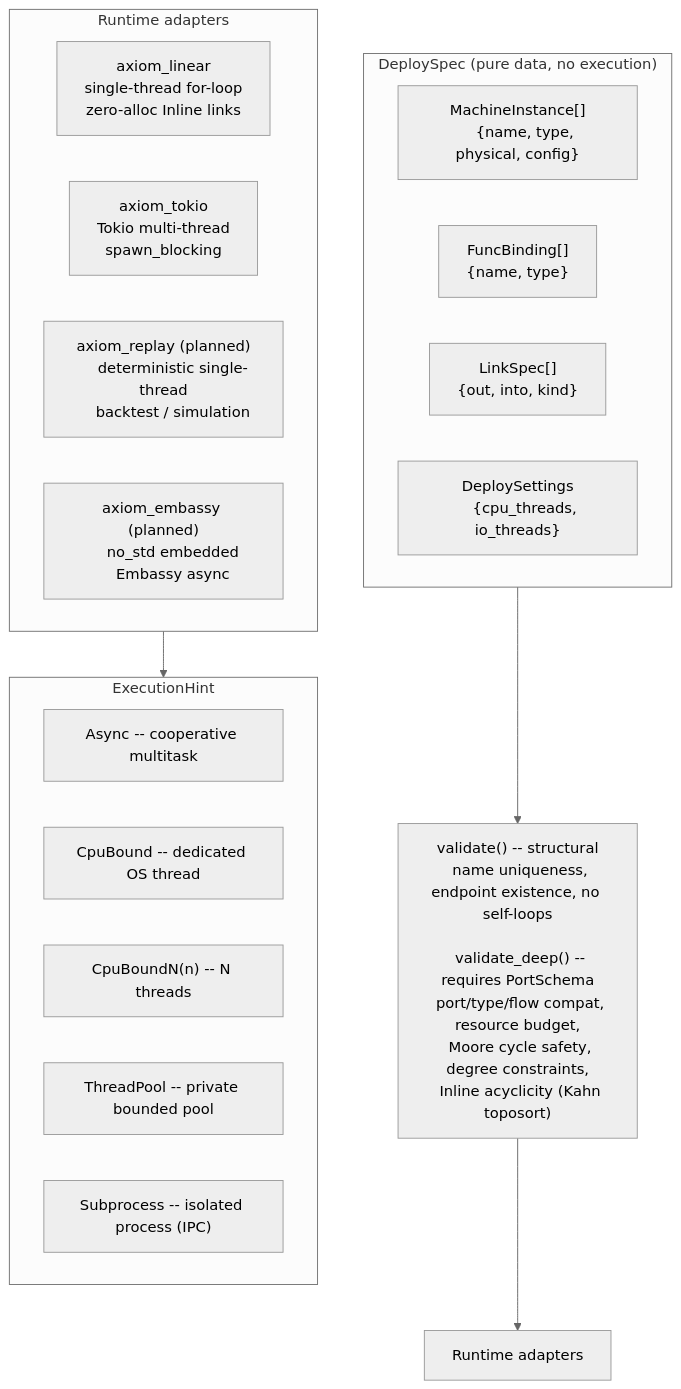
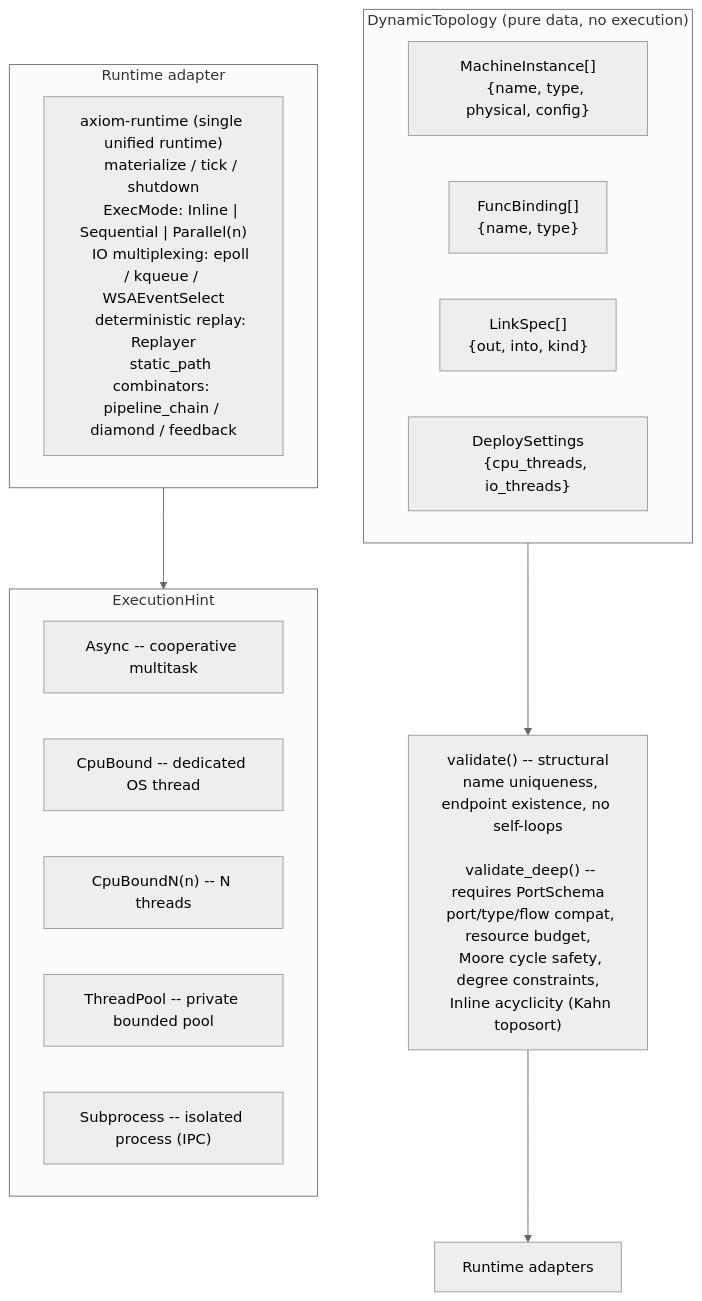
The fifth of 12 diagrams in docs/architecture_diagrams.md (ghwinter/axiom), drawn with Mermaid (neutral theme) before and after one commit. The commit also changed other lines of this file and 101 other files, not shown here.

````diff
--- a/docs/architecture_diagrams.md
+++ b/docs/architecture_diagrams.md
@@ -156,49 +156,43 @@
 ```mermaid
 graph TB
-  subgraph Spec["DeploySpec (pure data, no execution)"]
+  subgraph Spec["DynamicTopology (pure data, no execution)"]
     direction LR
     MI["MachineInstance[]
     {name, type, physical, config}"]
     FB["FuncBinding[]
     {name, type}"]
     LS["LinkSpec[]
     {out, into, kind}"]
     DS["DeploySettings
     {cpu_threads, io_threads}"]
   end
 
   Spec --> Validate["validate() -- structural
   name uniqueness, endpoint existence, no self-loops
 
   validate_deep() -- requires PortSchema
   port/type/flow compat, resource budget,
   Moore cycle safety, degree constraints,
   Inline acyclicity (Kahn toposort)"]
 
   Validate --> Runtimes["Runtime adapters"]
 
-  subgraph RuntimesBox["Runtime adapters"]
-    R1["axiom_linear
-    single-thread for-loop
-    zero-alloc Inline links"]
-    R2["axiom_tokio
-    Tokio multi-thread
-    spawn_blocking"]
-    R3["axiom_replay (planned)
-    deterministic single-thread
-    backtest / simulation"]
-    R4["axiom_embassy (planned)
-    no_std embedded
-    Embassy async"]
+  subgraph RuntimesBox["Runtime adapter"]
+    R1["axiom-runtime (single unified runtime)
+    materialize / tick / shutdown
+    ExecMode: Inline | Sequential | Parallel(n)
+    IO multiplexing: epoll / kqueue / WSAEventSelect
+    deterministic replay: Replayer
+    static_path combinators: pipeline_chain / diamond / feedback"]
   end
 
   subgraph Exec["ExecutionHint"]
     E1["Async -- cooperative multitask"]
     E2["CpuBound -- dedicated OS thread"]
     E3["CpuBoundN(n) -- N threads"]
     E4["ThreadPool -- private bounded pool"]
     E5["Subprocess -- isolated process (IPC)"]
   end
 
   RuntimesBox --> Exec
 ```
````
